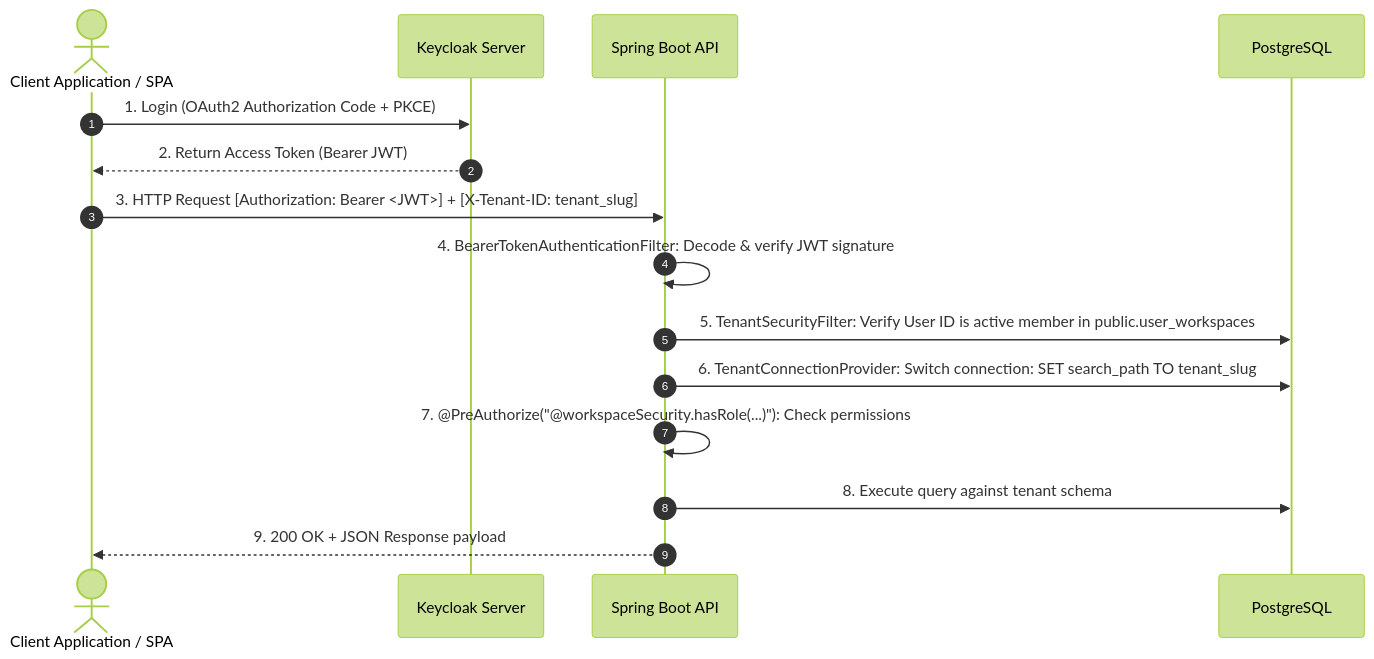
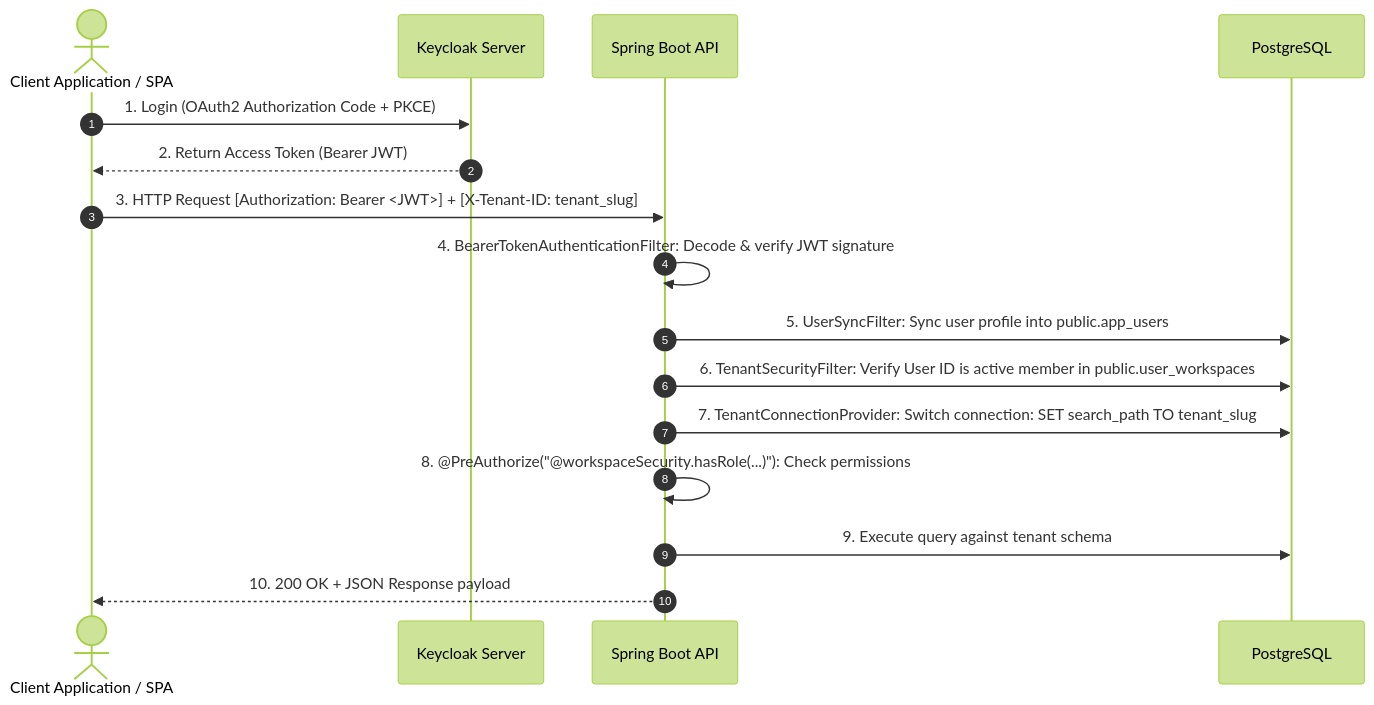
One commit to Eyad-Sharkawy/agency-os-back-end changed the third of 3 diagrams in README.md. Above: the diagram before and after it, drawn with Mermaid (forest theme). The commit also changed other lines of this file and 7 other files, not shown here.

Commit message:
docs(back-end): synchronize OpenAPI specs, complete Postman collection, and update API architecture docs

````diff
--- a/README.md
+++ b/README.md
@@ -369,18 +387,19 @@
 ```mermaid
 sequenceDiagram
     autonumber
     actor User as Client Application / SPA
     participant KC as Keycloak Server
     participant API as Spring Boot API
     participant DB as PostgreSQL
 
     User->>KC: 1. Login (OAuth2 Authorization Code + PKCE)
     KC-->>User: 2. Return Access Token (Bearer JWT)
     User->>API: 3. HTTP Request [Authorization: Bearer <JWT>] + [X-Tenant-ID: tenant_slug]
     API->>API: 4. BearerTokenAuthenticationFilter: Decode & verify JWT signature
-    API->>DB: 5. TenantSecurityFilter: Verify User ID is active member in public.user_workspaces
-    API->>DB: 6. TenantConnectionProvider: Switch connection: SET search_path TO tenant_slug
-    API->>API: 7. @PreAuthorize("@workspaceSecurity.hasRole(...)"): Check permissions
-    API->>DB: 8. Execute query against tenant schema
-    API-->>User: 9. 200 OK + JSON Response payload
+    API->>DB: 5. UserSyncFilter: Sync user profile into public.app_users
+    API->>DB: 6. TenantSecurityFilter: Verify User ID is active member in public.user_workspaces
+    API->>DB: 7. TenantConnectionProvider: Switch connection: SET search_path TO tenant_slug
+    API->>API: 8. @PreAuthorize("@workspaceSecurity.hasRole(...)"): Check permissions
+    API->>DB: 9. Execute query against tenant schema
+    API-->>User: 10. 200 OK + JSON Response payload
 ```
````
